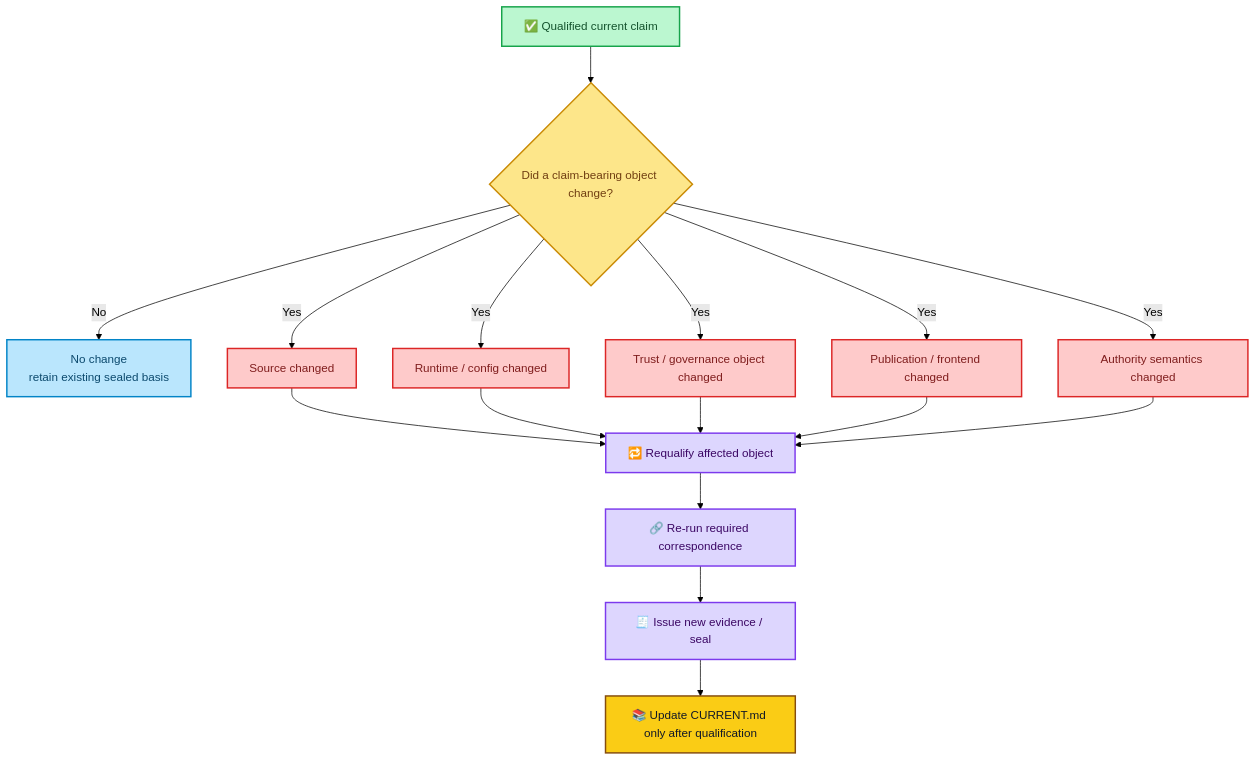
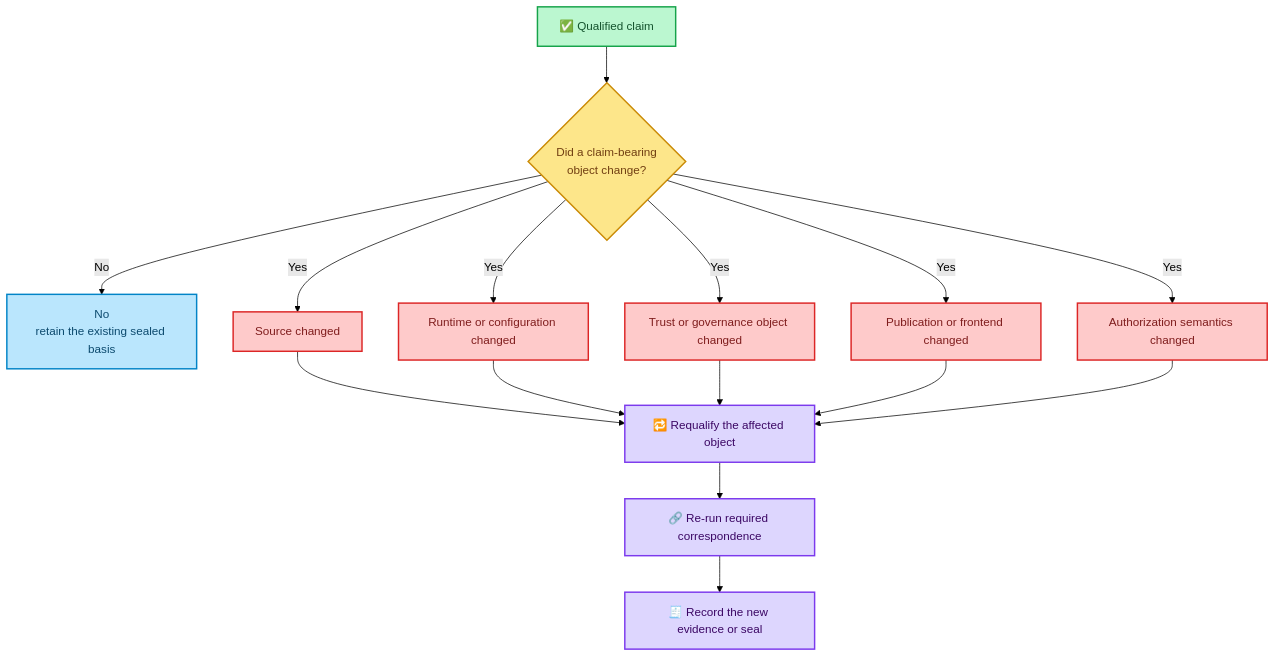
One commit to kiddstechnical/ALLIS-Artificial-Learning-and-Location-Intelligence-System changed the ninth of 9 diagrams in CURRENT.md. Above: the diagram before and after it, drawn with Mermaid (forest theme). The commit also changed other lines of this file, not shown here.

````diff
--- a/CURRENT.md
+++ b/CURRENT.md
@@ -727,40 +592,38 @@
 ```mermaid
 flowchart TD
-    A["✅ Qualified current claim"]:::green
-    B{"Did a claim-bearing object change?"}:::question
+    A["✅ Qualified claim"]:::green
+    B{"Did a claim-bearing<br/>object change?"}:::question
 
-    C["No change<br/>retain existing sealed basis"]:::same
+    C["No<br/>retain the existing sealed basis"]:::same
     D["Source changed"]:::change
-    E["Runtime / config changed"]:::change
-    F["Trust / governance object changed"]:::change
-    G["Publication / frontend changed"]:::change
-    H["Authority semantics changed"]:::change
+    E["Runtime or configuration changed"]:::change
+    F["Trust or governance object changed"]:::change
+    G["Publication or frontend changed"]:::change
+    H["Authorization semantics changed"]:::change
 
-    I["🔁 Requalify affected object"]:::redo
+    I["🔁 Requalify the affected object"]:::redo
     J["🔗 Re-run required correspondence"]:::redo
-    K["🧾 Issue new evidence / seal"]:::redo
-    L["📚 Update CURRENT.md only after qualification"]:::docs
+    K["🧾 Record the new evidence or seal"]:::redo
 
     A --> B
     B -- "No" --> C
     B -- "Yes" --> D
     B -- "Yes" --> E
     B -- "Yes" --> F
     B -- "Yes" --> G
     B -- "Yes" --> H
 
     D --> I
     E --> I
     F --> I
     G --> I
     H --> I
 
-    I --> J --> K --> L
+    I --> J --> K
 
     classDef green fill:#bbf7d0,stroke:#16a34a,color:#14532d,stroke-width:2px;
     classDef question fill:#fde68a,stroke:#ca8a04,color:#713f12,stroke-width:2px;
     classDef same fill:#bae6fd,stroke:#0284c7,color:#0c4a6e,stroke-width:2px;
     classDef change fill:#fecaca,stroke:#dc2626,color:#7f1d1d,stroke-width:2px;
     classDef redo fill:#ddd6fe,stroke:#7c3aed,color:#3b0764,stroke-width:2px;
-    classDef docs fill:#facc15,stroke:#854d0e,color:#111827,stroke-width:2px;
 ```
````
